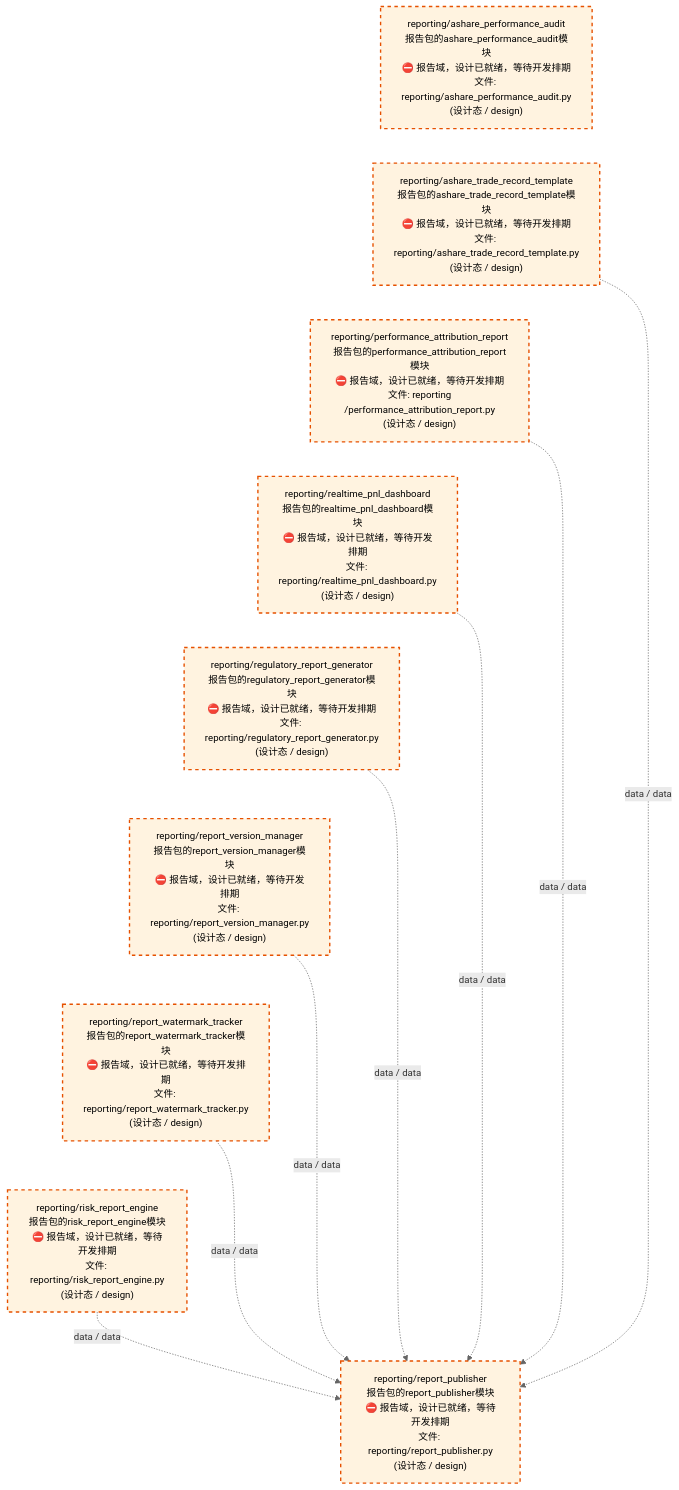
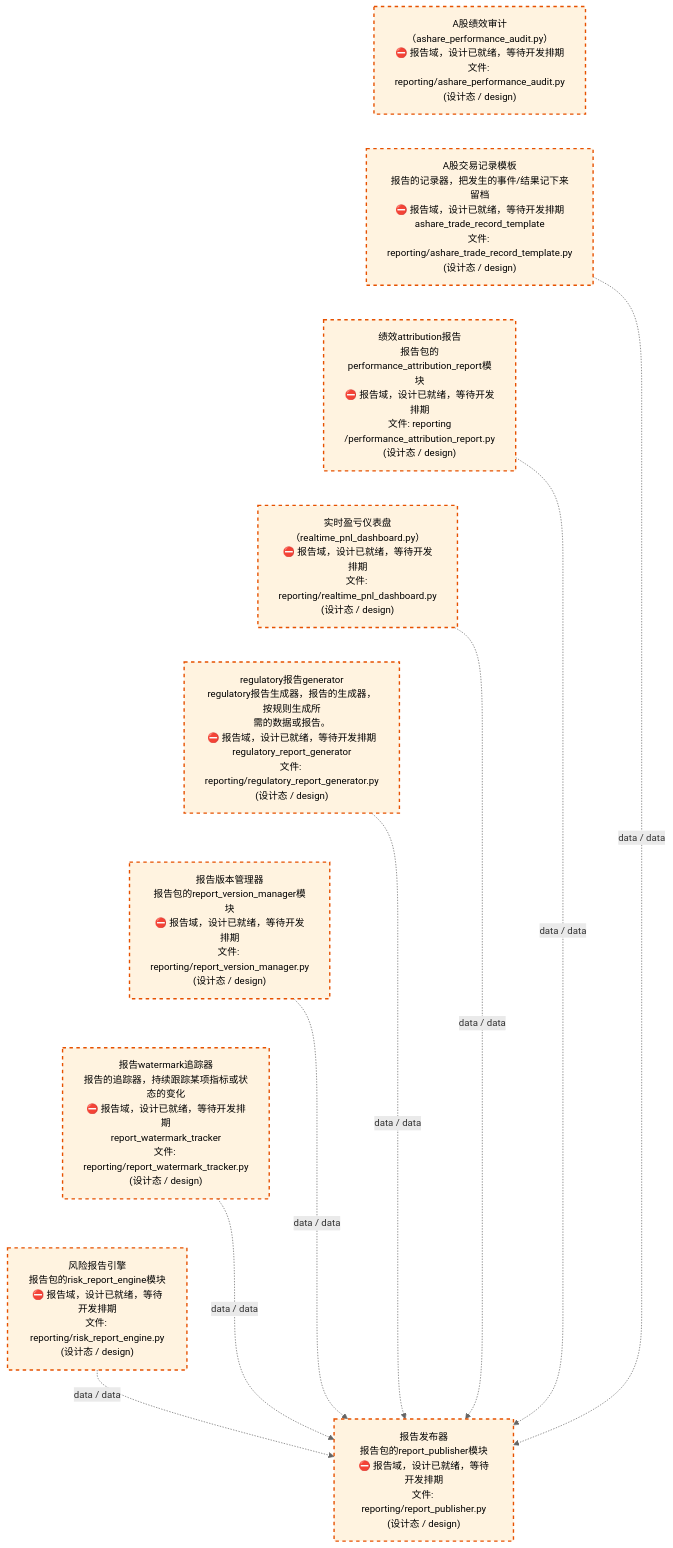
The third of 4 diagrams in docs/02_enterprise_architecture/02_domain_architecture_docs/26_d_reporting.md (xuanFelixVan/ZephyrAlpha), drawn with Mermaid before and after one commit. The commit also changed other lines of this file and 54 other files, not shown here.

````diff
--- a/docs/02_enterprise_architecture/02_domain_architecture_docs/26_d_reporting.md
+++ b/docs/02_enterprise_architecture/02_domain_architecture_docs/26_d_reporting.md
@@ -137,32 +137,32 @@
 ```mermaid
 %%{init: {'theme': 'base', 'themeVariables': {'primaryColor': '#eaeaea', 'primaryTextColor': '#333333', 'primaryBorderColor': '#666666', 'lineColor': '#666666', 'secondaryColor': '#eaeaea', 'tertiaryColor': '#eaeaea', 'fontSize': '14px'}}}%%
 flowchart TD
-    src_zephyr_reporting_ashare_performance_audit_py["reporting/ashare_performance_audit<br/>报告包的ashare_performance_audit模块<br/>⛔ 报告域，设计已就绪，等待开发排期<br/>文件: reporting/ashare_performance_audit.py<br/>(设计态 / design)"]
-    src_zephyr_reporting_ashare_trade_record_template_py["reporting/ashare_trade_record_template<br/>报告包的ashare_trade_record_template模块<br/>⛔ 报告域，设计已就绪，等待开发排期<br/>文件: reporting/ashare_trade_record_template.py<br/>(设计态 / design)"]
-    src_zephyr_reporting_performance_attribution_report_py["reporting/performance_attribution_report<br/>报告包的performance_attribution_report模块<br/>⛔ 报告域，设计已就绪，等待开发排期<br/>文件: reporting<br/>/performance_attribution_report.py<br/>(设计态 / design)"]
-    src_zephyr_reporting_realtime_pnl_dashboard_py["reporting/realtime_pnl_dashboard<br/>报告包的realtime_pnl_dashboard模块<br/>⛔ 报告域，设计已就绪，等待开发排期<br/>文件: reporting/realtime_pnl_dashboard.py<br/>(设计态 / design)"]
-    src_zephyr_reporting_regulatory_report_generator_py["reporting/regulatory_report_generator<br/>报告包的regulatory_report_generator模块<br/>⛔ 报告域，设计已就绪，等待开发排期<br/>文件: reporting/regulatory_report_generator.py<br/>(设计态 / design)"]
-    src_zephyr_reporting_report_version_manager_py["reporting/report_version_manager<br/>报告包的report_version_manager模块<br/>⛔ 报告域，设计已就绪，等待开发排期<br/>文件: reporting/report_version_manager.py<br/>(设计态 / design)"]
-    src_zephyr_reporting_report_watermark_tracker_py["reporting/report_watermark_tracker<br/>报告包的report_watermark_tracker模块<br/>⛔ 报告域，设计已就绪，等待开发排期<br/>文件: reporting/report_watermark_tracker.py<br/>(设计态 / design)"]
-    src_zephyr_reporting_risk_report_engine_py["reporting/risk_report_engine<br/>报告包的risk_report_engine模块<br/>⛔ 报告域，设计已就绪，等待开发排期<br/>文件: reporting/risk_report_engine.py<br/>(设计态 / design)"]
+    src_zephyr_reporting_ashare_performance_audit_py["A股绩效审计<br/>（ashare_performance_audit.py）<br/>⛔ 报告域，设计已就绪，等待开发排期<br/>文件: reporting/ashare_performance_audit.py<br/>(设计态 / design)"]
+    src_zephyr_reporting_ashare_trade_record_template_py["A股交易记录模板<br/>报告的记录器，把发生的事件/结果记下来留档<br/>⛔ 报告域，设计已就绪，等待开发排期<br/>ashare_trade_record_template<br/>文件: reporting/ashare_trade_record_template.py<br/>(设计态 / design)"]
+    src_zephyr_reporting_performance_attribution_report_py["绩效attribution报告<br/>报告包的performance_attribution_report模块<br/>⛔ 报告域，设计已就绪，等待开发排期<br/>文件: reporting<br/>/performance_attribution_report.py<br/>(设计态 / design)"]
+    src_zephyr_reporting_realtime_pnl_dashboard_py["实时盈亏仪表盘<br/>（realtime_pnl_dashboard.py）<br/>⛔ 报告域，设计已就绪，等待开发排期<br/>文件: reporting/realtime_pnl_dashboard.py<br/>(设计态 / design)"]
+    src_zephyr_reporting_regulatory_report_generator_py["regulatory报告generator<br/>regulatory报告生成器，报告的生成器，按规则生成所<br/>需的数据或报告。<br/>⛔ 报告域，设计已就绪，等待开发排期<br/>regulatory_report_generator<br/>文件: reporting/regulatory_report_generator.py<br/>(设计态 / design)"]
+    src_zephyr_reporting_report_version_manager_py["报告版本管理器<br/>报告包的report_version_manager模块<br/>⛔ 报告域，设计已就绪，等待开发排期<br/>文件: reporting/report_version_manager.py<br/>(设计态 / design)"]
+    src_zephyr_reporting_report_watermark_tracker_py["报告watermark追踪器<br/>报告的追踪器，持续跟踪某项指标或状态的变化<br/>⛔ 报告域，设计已就绪，等待开发排期<br/>report_watermark_tracker<br/>文件: reporting/report_watermark_tracker.py<br/>(设计态 / design)"]
+    src_zephyr_reporting_risk_report_engine_py["风险报告引擎<br/>报告包的risk_report_engine模块<br/>⛔ 报告域，设计已就绪，等待开发排期<br/>文件: reporting/risk_report_engine.py<br/>(设计态 / design)"]
     src_zephyr_reporting_ashare_performance_audit_py ~~~ src_zephyr_reporting_ashare_trade_record_template_py
     src_zephyr_reporting_ashare_trade_record_template_py ~~~ src_zephyr_reporting_performance_attribution_report_py
     src_zephyr_reporting_performance_attribution_report_py ~~~ src_zephyr_reporting_realtime_pnl_dashboard_py
     src_zephyr_reporting_realtime_pnl_dashboard_py ~~~ src_zephyr_reporting_regulatory_report_generator_py
     src_zephyr_reporting_regulatory_report_generator_py ~~~ src_zephyr_reporting_report_version_manager_py
     src_zephyr_reporting_report_version_manager_py ~~~ src_zephyr_reporting_report_watermark_tracker_py
     src_zephyr_reporting_report_watermark_tracker_py ~~~ src_zephyr_reporting_risk_report_engine_py
-    src_zephyr_reporting_report_publisher_py["reporting/report_publisher<br/>报告包的report_publisher模块<br/>⛔ 报告域，设计已就绪，等待开发排期<br/>文件: reporting/report_publisher.py<br/>(设计态 / design)"]
+    src_zephyr_reporting_report_publisher_py["报告发布器<br/>报告包的report_publisher模块<br/>⛔ 报告域，设计已就绪，等待开发排期<br/>文件: reporting/report_publisher.py<br/>(设计态 / design)"]
     src_zephyr_reporting_ashare_trade_record_template_py -.->|data / data| src_zephyr_reporting_report_publisher_py
     src_zephyr_reporting_realtime_pnl_dashboard_py -.->|data / data| src_zephyr_reporting_report_publisher_py
     src_zephyr_reporting_regulatory_report_generator_py -.->|data / data| src_zephyr_reporting_report_publisher_py
     src_zephyr_reporting_risk_report_engine_py -.->|data / data| src_zephyr_reporting_report_publisher_py
     src_zephyr_reporting_report_version_manager_py -.->|data / data| src_zephyr_reporting_report_publisher_py
     src_zephyr_reporting_performance_attribution_report_py -.->|data / data| src_zephyr_reporting_report_publisher_py
     src_zephyr_reporting_report_watermark_tracker_py -.->|data / data| src_zephyr_reporting_report_publisher_py
     classDef production fill:#e1f5fe,stroke:#01579b,stroke-width:2px,color:#000
     classDef design fill:#fff3e0,stroke:#e65100,stroke-width:2px,color:#000,stroke-dasharray: 5 5
     classDef external_prod fill:#e8f4fd,stroke:#0277bd,stroke-width:1px,color:#000
     classDef external_design fill:#fff8e7,stroke:#ef6c00,stroke-width:1px,color:#000,stroke-dasharray: 5 5
     class src_zephyr_reporting_ashare_performance_audit_py,src_zephyr_reporting_ashare_trade_record_template_py,src_zephyr_reporting_performance_attribution_report_py,src_zephyr_reporting_realtime_pnl_dashboard_py,src_zephyr_reporting_regulatory_report_generator_py,src_zephyr_reporting_report_publisher_py,src_zephyr_reporting_report_version_manager_py,src_zephyr_reporting_report_watermark_tracker_py,src_zephyr_reporting_risk_report_engine_py design
 ```
````
